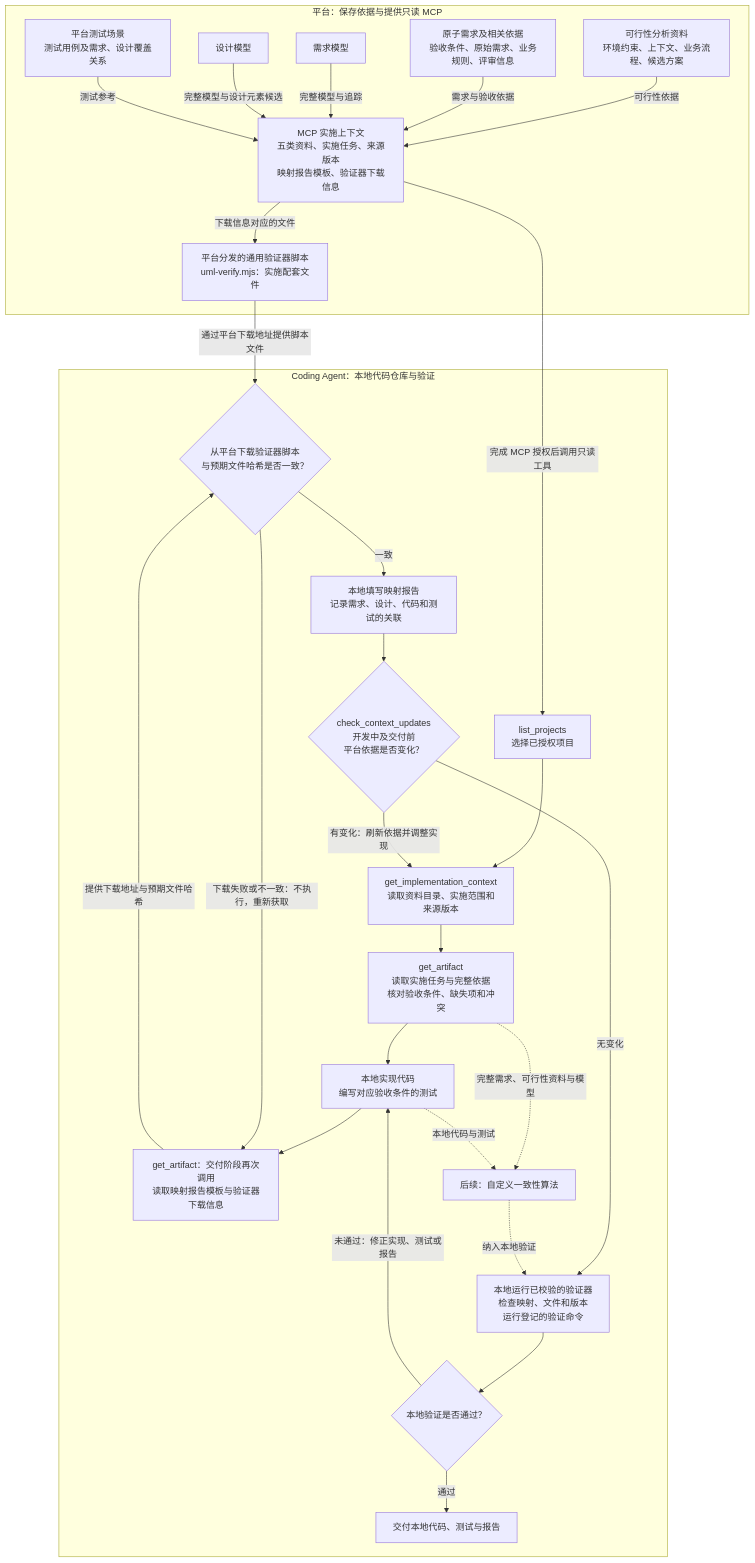
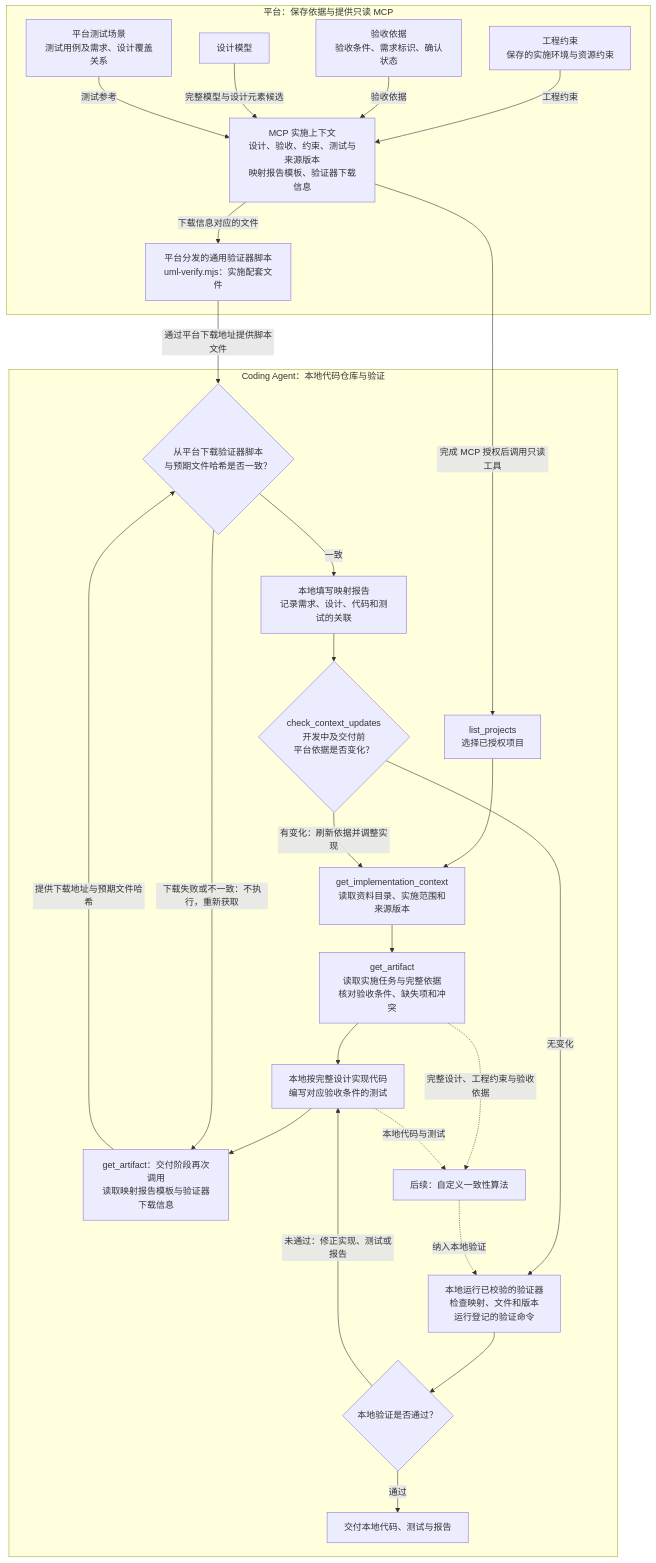
Before and after one commit to guolola/ai-software-engineering-platform: the second of 2 diagrams in readme-zh-cn.md, drawn with Mermaid. The commit also changed other lines of this file and 21 other files, not shown here.

````diff
--- a/readme-zh-cn.md
+++ b/readme-zh-cn.md
@@ -165,52 +166,50 @@
 ```mermaid
 flowchart TB
   subgraph platform["平台：保存依据与提供只读 MCP"]
-    feasibility["可行性分析资料<br/>环境约束、上下文、业务流程、候选方案"]
-    req["原子需求及相关依据<br/>验收条件、原始需求、业务规则、评审信息"]
-    requirementModels["需求模型"]
+    feasibility["工程约束<br/>保存的实施环境与资源约束"]
+    req["验收依据<br/>验收条件、需求标识、确认状态"]
     design["设计模型"]
     savedTests["平台测试场景<br/>测试用例及需求、设计覆盖关系"]
-    bundle["MCP 实施上下文<br/>五类资料、实施任务、来源版本<br/>映射报告模板、验证器下载信息"]
-    feasibility -->|"可行性依据"| bundle
-    req -->|"需求与验收依据"| bundle
-    requirementModels -->|"完整模型与追踪"| bundle
+    bundle["MCP 实施上下文<br/>设计、验收、约束、测试与来源版本<br/>映射报告模板、验证器下载信息"]
+    feasibility -->|"工程约束"| bundle
+    req -->|"验收依据"| bundle
     design -->|"完整模型与设计元素候选"| bundle
     savedTests -->|"测试参考"| bundle
     verifierFile["平台分发的通用验证器脚本<br/>uml-verify.mjs：实施配套文件"]
     bundle -->|"下载信息对应的文件"| verifierFile
   end
 
   subgraph agent["Coding Agent：本地代码仓库与验证"]
     projects["list_projects<br/>选择已授权项目"]
     catalog["get_implementation_context<br/>读取资料目录、实施范围和来源版本"]
     sources["get_artifact<br/>读取实施任务与完整依据<br/>核对验收条件、缺失项和冲突"]
-    implementation["本地实现代码<br/>编写对应验收条件的测试"]
+    implementation["本地按完整设计实现代码<br/>编写对应验收条件的测试"]
     delivery["get_artifact：交付阶段再次调用<br/>读取映射报告模板与验证器下载信息"]
     download{"从平台下载验证器脚本<br/>与预期文件哈希是否一致？"}
     mapping["本地填写映射报告<br/>记录需求、设计、代码和测试的关联"]
     updates{"check_context_updates<br/>开发中及交付前<br/>平台依据是否变化？"}
     validator["本地运行已校验的验证器<br/>检查映射、文件和版本<br/>运行登记的验证命令"]
     result{"本地验证是否通过？"}
     done["交付本地代码、测试与报告"]
     algorithm["后续：自定义一致性算法"]
     projects --> catalog
     catalog --> sources
     sources --> implementation
     implementation --> delivery
     delivery -->|"提供下载地址与预期文件哈希"| download
     download -->|"一致"| mapping
     download -->|"下载失败或不一致：不执行，重新获取"| delivery
     mapping --> updates
     updates -->|"有变化：刷新依据并调整实现"| catalog
     updates -->|"无变化"| validator
     validator --> result
     result -->|"未通过：修正实现、测试或报告"| implementation
     result -->|"通过"| done
-    sources -.->|"完整需求、可行性资料与模型"| algorithm
+    sources -.->|"完整设计、工程约束与验收依据"| algorithm
     implementation -.->|"本地代码与测试"| algorithm
     algorithm -.->|"纳入本地验证"| validator
   end
 
   bundle -->|"完成 MCP 授权后调用只读工具"| projects
   verifierFile -->|"通过平台下载地址提供脚本文件"| download
 ```
````
